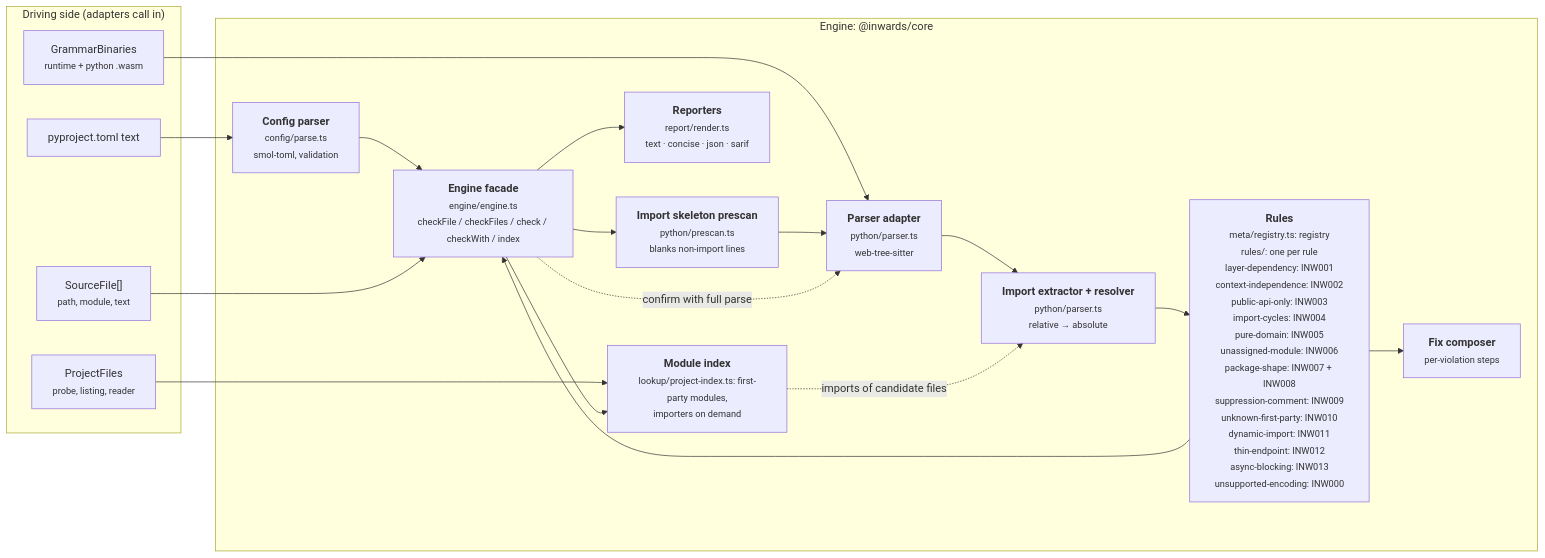
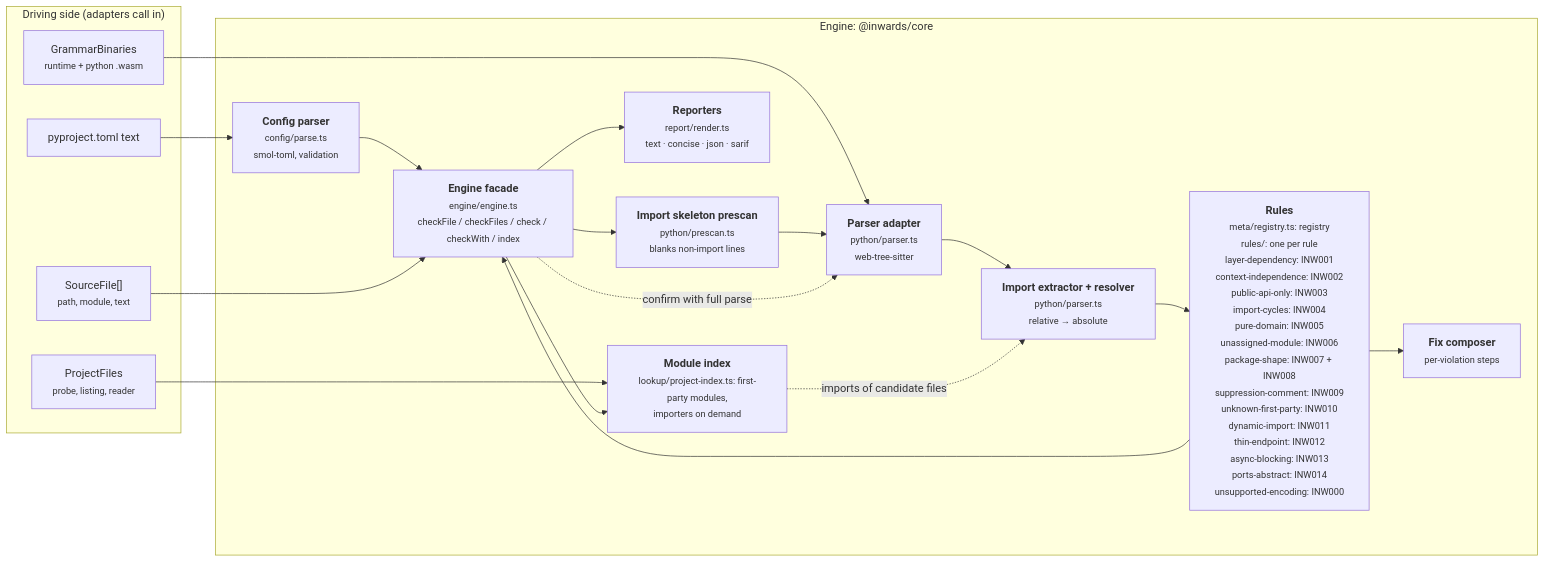
The third of 6 diagrams in docs/chapters/03-Architecture-C4.md (SirCypkowskyy/inwards), drawn with Mermaid before and after one commit. The commit also changed other lines of this file and 31 other files, not shown here.

First line of the commit message:
feat(rules): add INW014 ports-abstract so port modules hold only ABCs and Protocols

````diff
--- a/docs/chapters/03-Architecture-C4.md
+++ b/docs/chapters/03-Architecture-C4.md
@@ -105,33 +105,33 @@
 ```mermaid
 flowchart LR
     subgraph driving["Driving side (adapters call in)"]
         files["SourceFile[]<br/><small>path, module, text</small>"]
         pfiles["ProjectFiles<br/><small>probe, listing, reader</small>"]
         cfgtext["pyproject.toml text"]
         wasm["GrammarBinaries<br/><small>runtime + python .wasm</small>"]
     end
 
     subgraph enginebox["Engine: @inwards/core"]
         config["<b>Config parser</b><br/><small>config/parse.ts<br/>smol-toml, validation</small>"]
         pre["<b>Import skeleton prescan</b><br/><small>python/prescan.ts<br/>blanks non-import lines</small>"]
         parser["<b>Parser adapter</b><br/><small>python/parser.ts<br/>web-tree-sitter</small>"]
         extract["<b>Import extractor + resolver</b><br/><small>python/parser.ts<br/>relative → absolute</small>"]
-        rules["<b>Rules</b><br/><small>meta/registry.ts: registry<br/>rules/: one per rule<br/>layer-dependency: INW001<br/>context-independence: INW002<br/>public-api-only: INW003<br/>import-cycles: INW004<br/>pure-domain: INW005<br/>unassigned-module: INW006<br/>package-shape: INW007 + INW008<br/>suppression-comment: INW009<br/>unknown-first-party: INW010<br/>dynamic-import: INW011<br/>thin-endpoint: INW012<br/>async-blocking: INW013<br/>unsupported-encoding: INW000</small>"]
+        rules["<b>Rules</b><br/><small>meta/registry.ts: registry<br/>rules/: one per rule<br/>layer-dependency: INW001<br/>context-independence: INW002<br/>public-api-only: INW003<br/>import-cycles: INW004<br/>pure-domain: INW005<br/>unassigned-module: INW006<br/>package-shape: INW007 + INW008<br/>suppression-comment: INW009<br/>unknown-first-party: INW010<br/>dynamic-import: INW011<br/>thin-endpoint: INW012<br/>async-blocking: INW013<br/>ports-abstract: INW014<br/>unsupported-encoding: INW000</small>"]
         fix["<b>Fix composer</b><br/><small>per-violation steps</small>"]
         report["<b>Reporters</b><br/><small>report/render.ts<br/>text · concise · json · sarif</small>"]
         engine["<b>Engine facade</b><br/><small>engine/engine.ts<br/>checkFile / checkFiles / check / checkWith / index</small>"]
         modgraph["<b>Module index</b><br/><small>lookup/project-index.ts: first-party modules,<br/>importers on demand</small>"]
     end
 
     cfgtext --> config --> engine
     wasm --> parser
     files --> engine
     engine --> pre --> parser --> extract --> rules
     rules --> fix
     rules --> engine
     engine -. "confirm with full parse" .-> parser
     pfiles --> modgraph
     engine --> modgraph
     modgraph -. "imports of candidate files" .-> extract
     engine --> report
 ```
````
